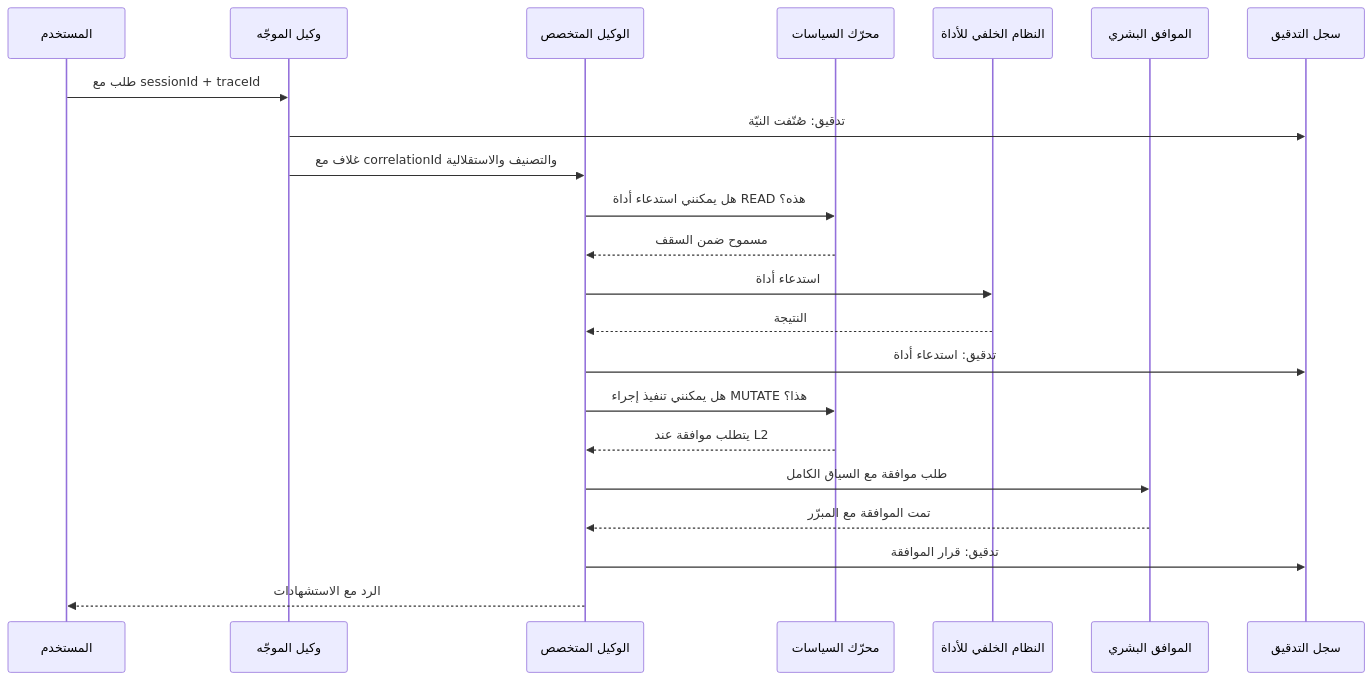
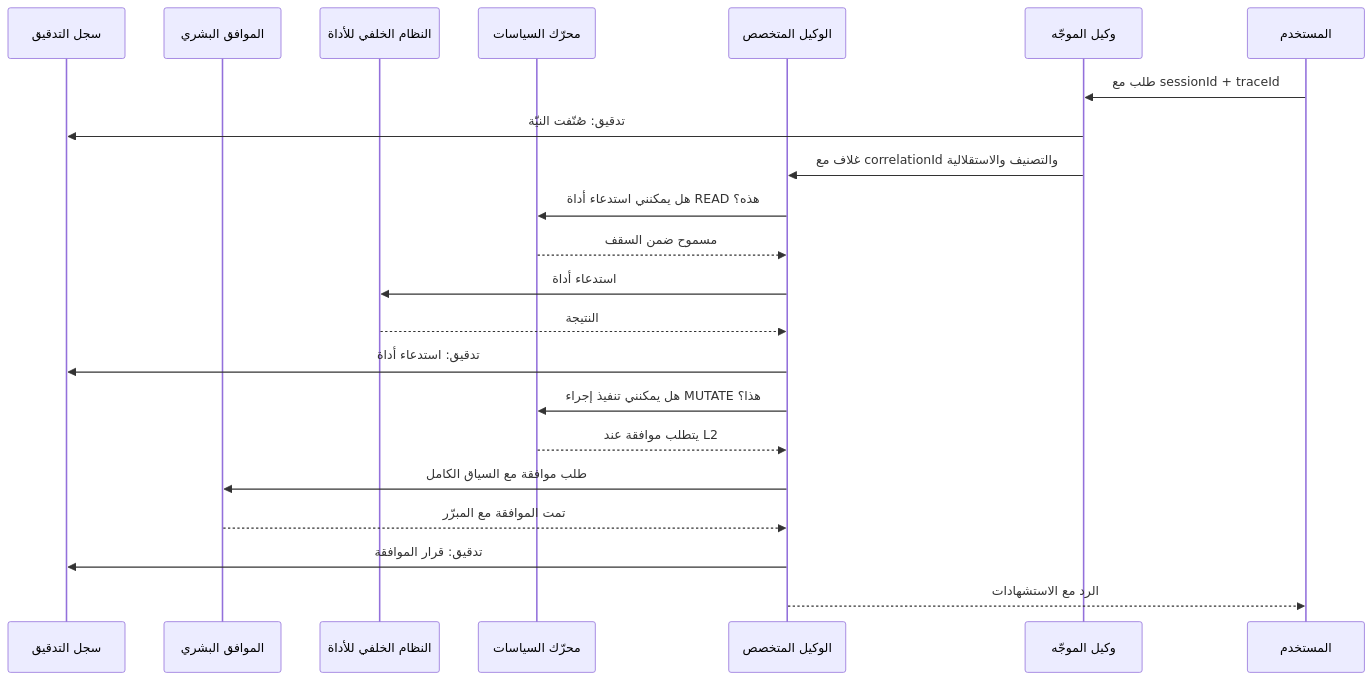
One commit to Tamoura/AI-agents changed the second of 4 diagrams in qdb-agent-framework/docs/PRODUCTION-PLAYBOOK.ar.md. Above: the diagram before and after it, drawn with Mermaid. The commit also changed other lines of this file and 1 other file, not shown here.

First line of the commit message:
Arabic docs: diagrams flow right to left

````diff
--- a/qdb-agent-framework/docs/PRODUCTION-PLAYBOOK.ar.md
+++ b/qdb-agent-framework/docs/PRODUCTION-PLAYBOOK.ar.md
@@ -124,25 +124,25 @@
 ```mermaid
 sequenceDiagram
+    participant L as سجل التدقيق
+    participant H as الموافق البشري
+    participant T as النظام الخلفي للأداة
+    participant P as محرّك السياسات
+    participant A as الوكيل المتخصص
+    participant R as وكيل الموجّه
     participant U as المستخدم
-    participant R as وكيل الموجّه
-    participant A as الوكيل المتخصص
-    participant P as محرّك السياسات
-    participant T as النظام الخلفي للأداة
-    participant H as الموافق البشري
-    participant L as سجل التدقيق
 
     U->>R: طلب مع sessionId + traceId
     R->>L: تدقيق: صُنّفت النيّة
     R->>A: غلاف مع correlationId والتصنيف والاستقلالية
     A->>P: هل يمكنني استدعاء أداة READ هذه؟
     P-->>A: مسموح ضمن السقف
     A->>T: استدعاء أداة
     T-->>A: النتيجة
     A->>L: تدقيق: استدعاء أداة
     A->>P: هل يمكنني تنفيذ إجراء MUTATE هذا؟
     P-->>A: يتطلب موافقة عند L2
     A->>H: طلب موافقة مع السياق الكامل
     H-->>A: تمت الموافقة مع المبرّر
     A->>L: تدقيق: قرار الموافقة
     A-->>U: الرد مع الاستشهادات
 ```
````
